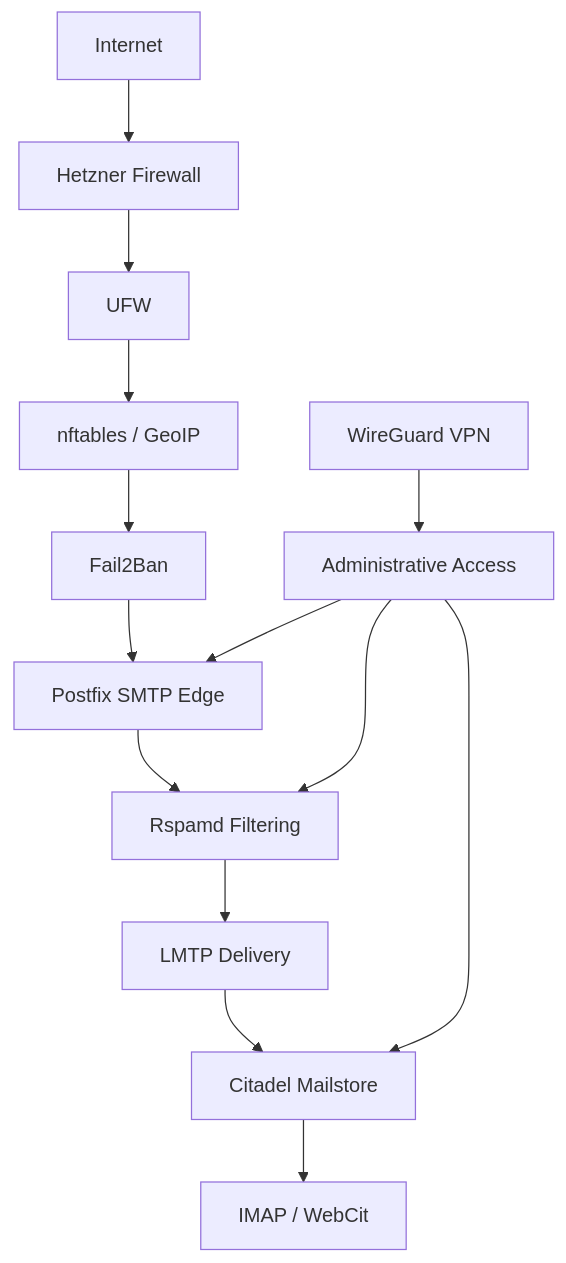
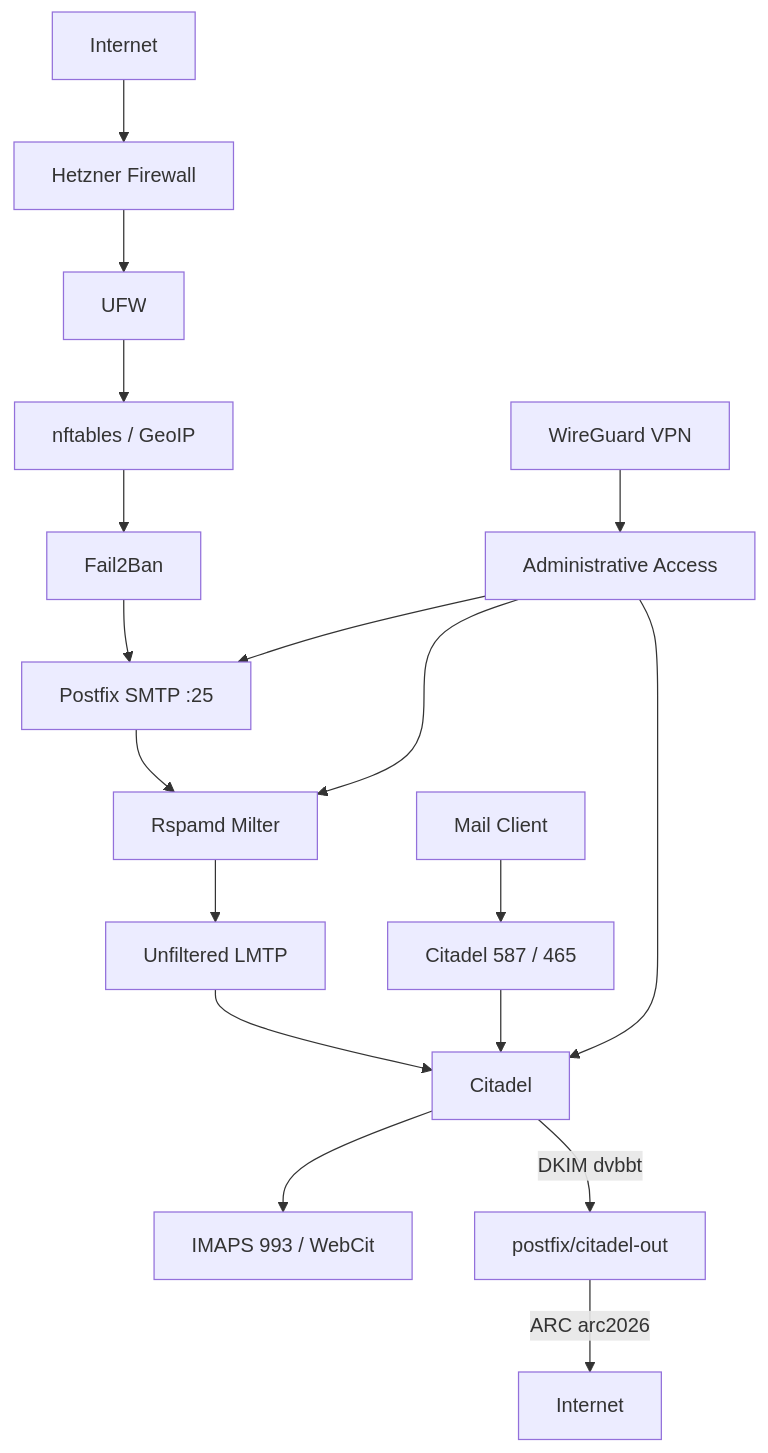
Before and after one commit to A2Micha/modern-citadel-mail-platform: the diagram in docs/platform-architecture.md, drawn with Mermaid. The commit also changed 15 other files, not shown here.

First line of the commit message:
Document the live Citadel mail path as of 2026-10-18.

````diff
--- a/docs/platform-architecture.md
+++ b/docs/platform-architecture.md
@@ -1,26 +1,35 @@
 ```mermaid
 flowchart TD
 
 A[Internet]
 --> B[Hetzner Firewall]
 --> C[UFW]
 --> D[nftables / GeoIP]
 --> E[Fail2Ban]
 
-E --> F[Postfix SMTP Edge]
+E --> F[Postfix SMTP :25]
 
-F --> G[Rspamd Filtering]
+F --> G[Rspamd Milter]
 
-G --> H[LMTP Delivery]
+G --> H[Unfiltered LMTP]
 
-H --> I[Citadel Mailstore]
+H --> I[Citadel]
 
-I --> J[IMAP / WebCit]
+I --> J[IMAPS 993 / WebCit]
 
-K[WireGuard VPN]
+K[Mail Client]
+--> S[Citadel 587 / 465]
+
+S --> I
+
+I -->|DKIM dvbbt| O[postfix/citadel-out]
+
+O -->|ARC arc2026| N[Internet]
+
+W[WireGuard VPN]
 --> L[Administrative Access]
 
 L --> I
 L --> G
 L --> F
 ```
````
